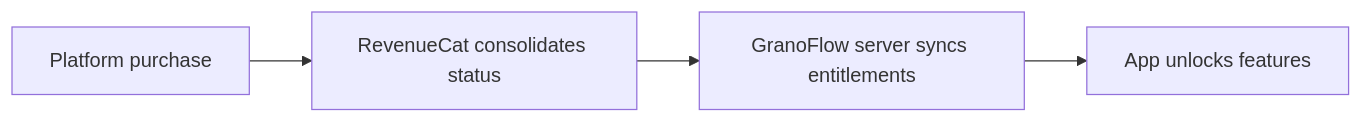
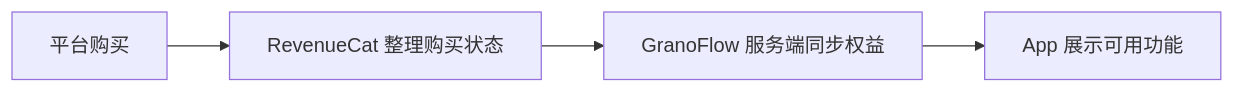
Before and after one commit to granoflow/granoflow-docs: the diagram in manual/docs/en/value-to-action/account-membership.md, drawn with Mermaid. The commit also changed other lines of this file and 70 other files, not shown here.

````diff
--- a/manual/docs/en/value-to-action/account-membership.md
+++ b/manual/docs/en/value-to-action/account-membership.md
@@ -19,6 +35,6 @@
 ```mermaid
 graph LR
-  A[Platform purchase] --> B[RevenueCat consolidates status]
-  B --> C[GranoFlow server syncs entitlements]
-  C --> D[App unlocks features]
+  A[平台购买] --> B[RevenueCat 整理购买状态]
+  B --> C[GranoFlow 服务端同步权益]
+  C --> D[App 展示可用功能]
 ```
````
